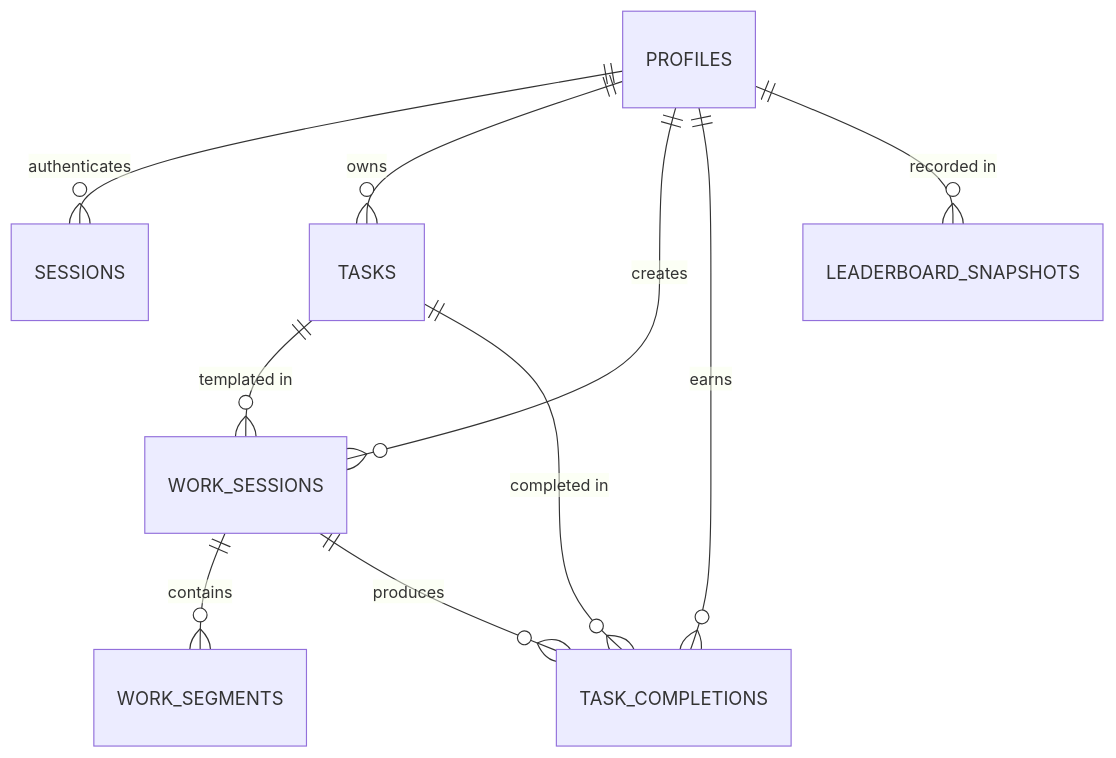
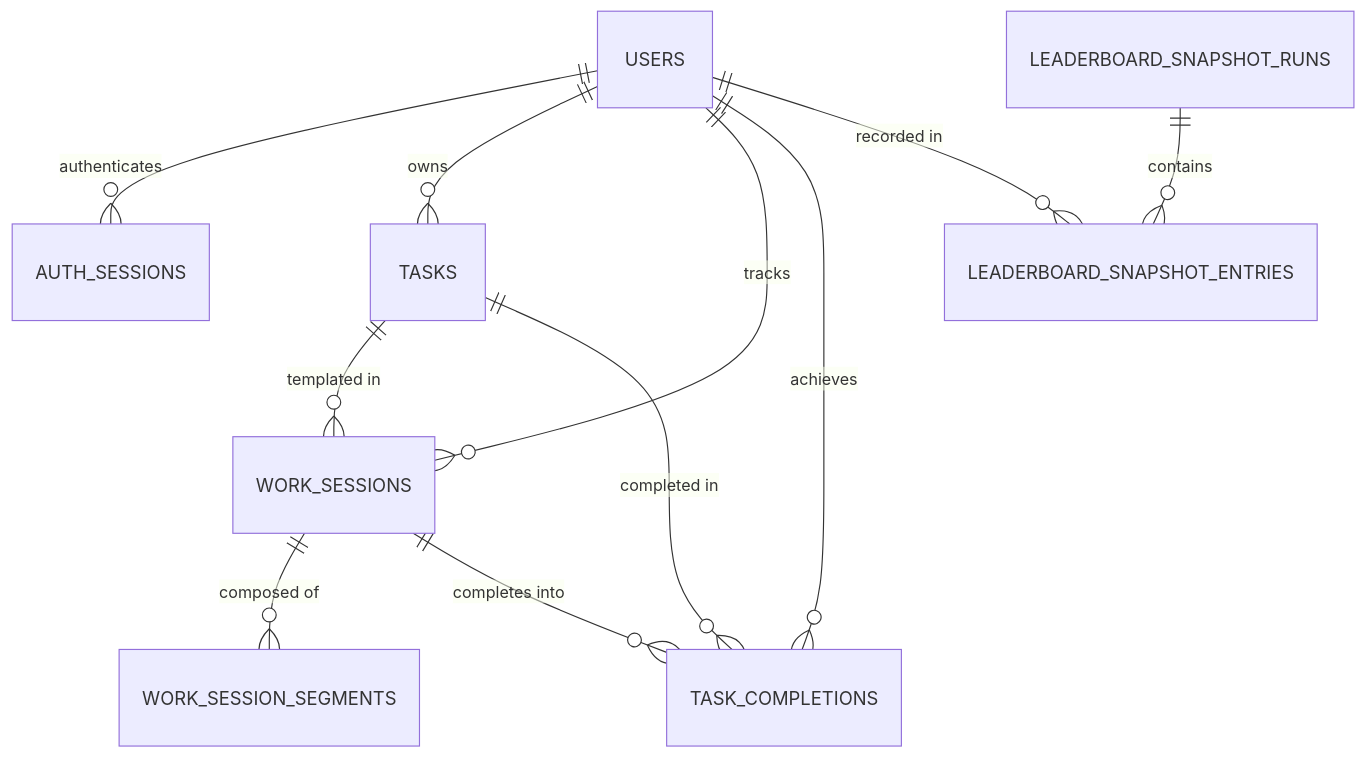
The diagram in docs/data-model.md (Jadeja-Karmadeepsinh/duet), drawn with Mermaid before and after one commit. The commit also changed other lines of this file and 20 other files, not shown here.

Commit message:
feat: initialize API workspace with Drizzle ORM database schema and configuration

````diff
--- a/docs/data-model.md
+++ b/docs/data-model.md
@@ -10,14 +10,16 @@
 ```mermaid
 erDiagram
-    PROFILES ||--o{ SESSIONS : "authenticates"
-    PROFILES ||--o{ TASKS : "owns"
-    PROFILES ||--o{ WORK_SESSIONS : "creates"
-    PROFILES ||--o{ TASK_COMPLETIONS : "earns"
-    PROFILES ||--o{ LEADERBOARD_SNAPSHOTS : "recorded in"
+    USERS ||--o{ AUTH_SESSIONS : "authenticates"
+    USERS ||--o{ TASKS : "owns"
+    USERS ||--o{ WORK_SESSIONS : "tracks"
+    USERS ||--o{ TASK_COMPLETIONS : "achieves"
+    USERS ||--o{ LEADERBOARD_SNAPSHOT_ENTRIES : "recorded in"
 
     TASKS ||--o{ WORK_SESSIONS : "templated in"
     TASKS ||--o{ TASK_COMPLETIONS : "completed in"
 
-    WORK_SESSIONS ||--o{ WORK_SEGMENTS : "contains"
-    WORK_SESSIONS ||--o{ TASK_COMPLETIONS : "produces"
+    WORK_SESSIONS ||--o{ WORK_SESSION_SEGMENTS : "composed of"
+    WORK_SESSIONS ||--o{ TASK_COMPLETIONS : "completes into"
+
+    LEADERBOARD_SNAPSHOT_RUNS ||--o{ LEADERBOARD_SNAPSHOT_ENTRIES : "contains"
 ```
````
